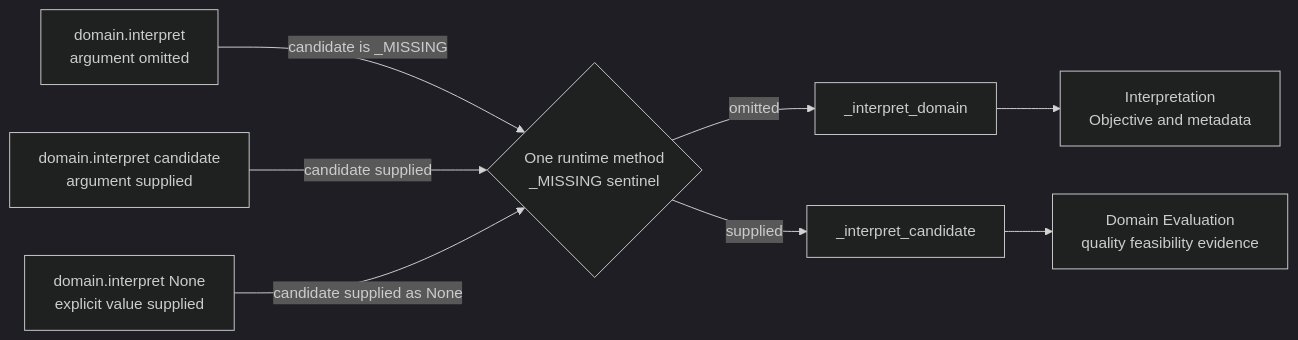
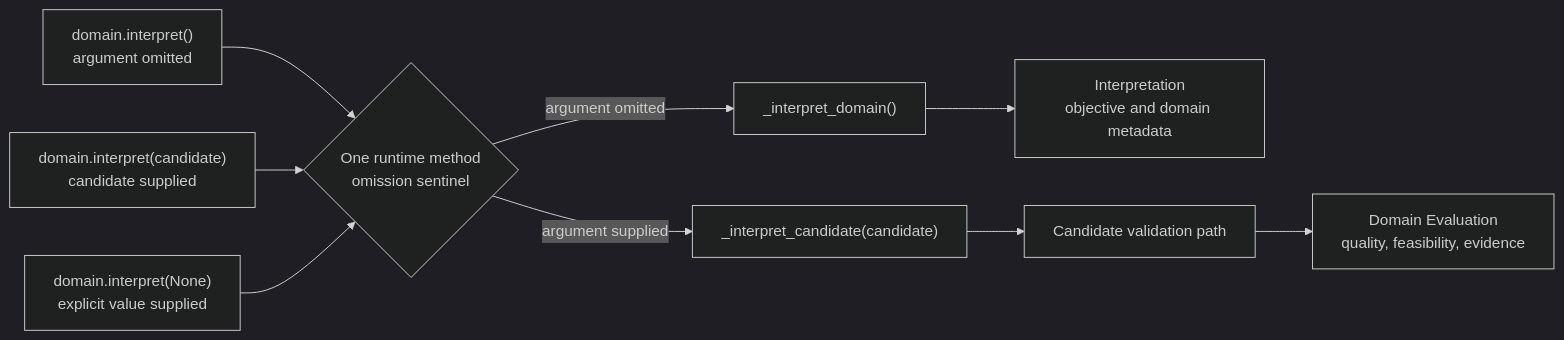
Before and after one commit to chin/hybrid-ai-quantum-platform: the first of 23 diagrams in docs/mermaid-object-collaboration.md, drawn with Mermaid (dark theme). The commit also changed other lines of this file and 66 other files, not shown here.

````diff
--- a/docs/mermaid-object-collaboration.md
+++ b/docs/mermaid-object-collaboration.md
@@ -9,17 +11,18 @@
 ```mermaid
 flowchart LR
-    A[domain.interpret<br/>argument omitted]
-    B[domain.interpret candidate<br/>argument supplied]
-    N[domain.interpret None<br/>explicit value supplied]
-    D{One runtime method<br/>_MISSING sentinel}
-    H0[_interpret_domain]
-    H1[_interpret_candidate]
-    I[Interpretation<br/>Objective and metadata]
-    E[Domain Evaluation<br/>quality feasibility evidence]
+    A["domain.interpret()<br/>argument omitted"]
+    B["domain.interpret(candidate)<br/>candidate supplied"]
+    N["domain.interpret(None)<br/>explicit value supplied"]
+    D{"One runtime method<br/>omission sentinel"}
+    H0["_interpret_domain()"]
+    H1["_interpret_candidate(candidate)"]
+    I["Interpretation<br/>objective and domain metadata"]
+    E["Domain Evaluation<br/>quality, feasibility, evidence"]
+    V["Candidate validation path"]
 
-    A -->|candidate is _MISSING| D
-    B -->|candidate supplied| D
-    N -->|candidate supplied as None| D
-    D -->|omitted| H0 --> I
-    D -->|supplied| H1 --> E
+    A --> D
+    B --> D
+    N --> D
+    D -->|argument omitted| H0 --> I
+    D -->|argument supplied| H1 --> V --> E
 ```
````
